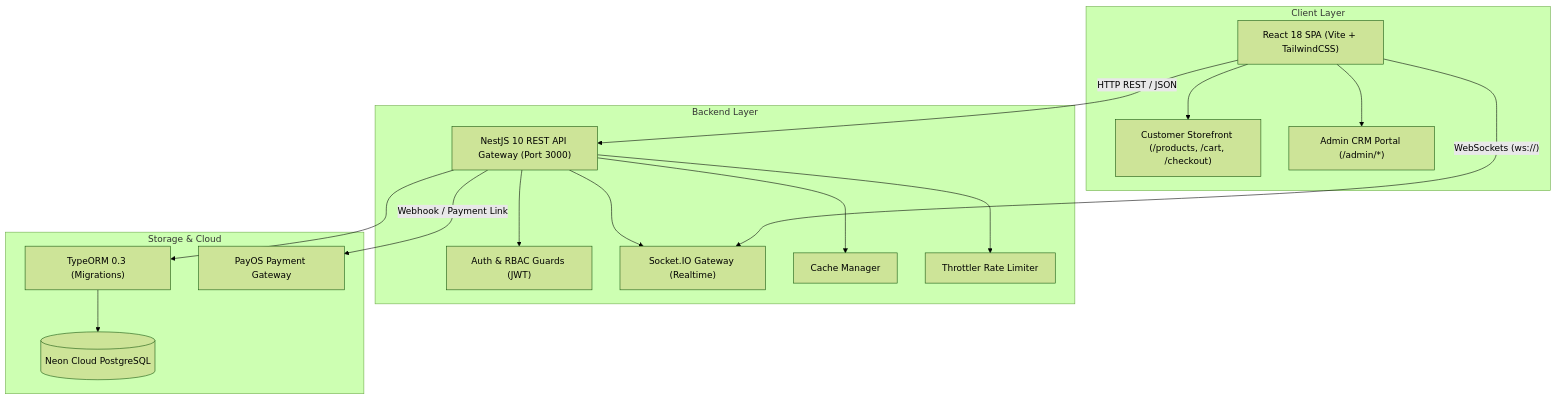
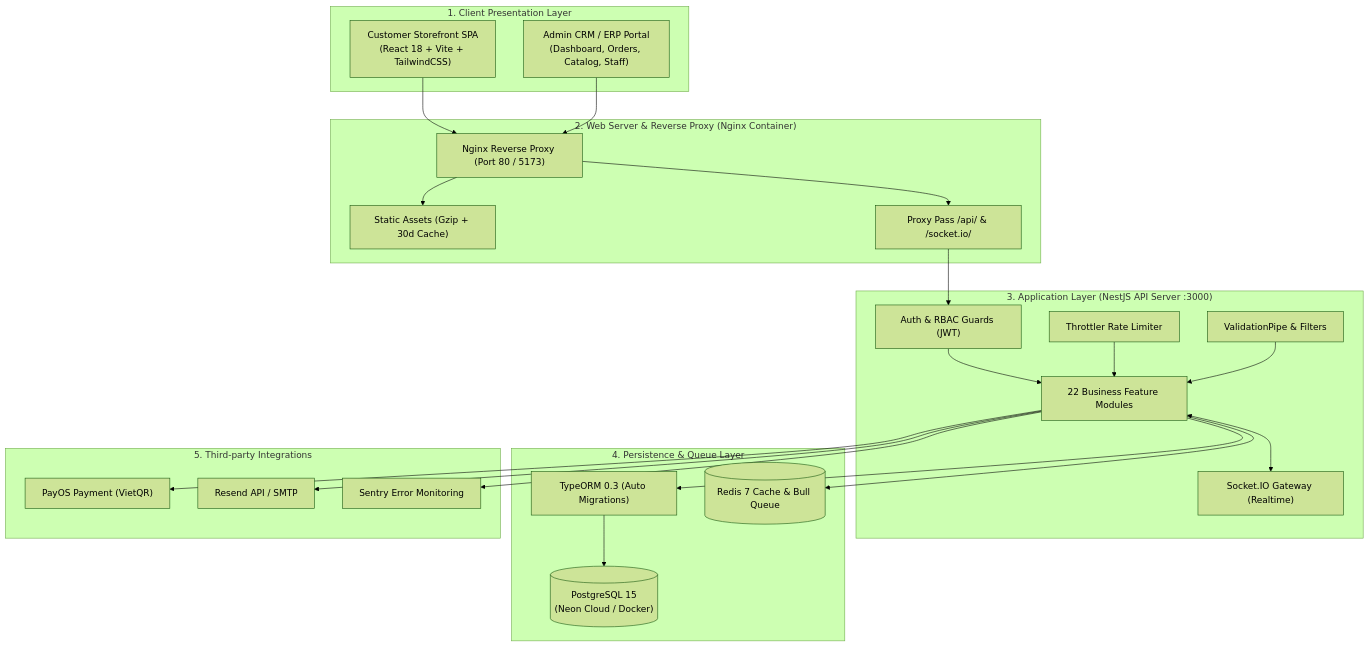
The first of 2 diagrams in README.md (iNuss99/KTD-STORE), drawn with Mermaid (forest theme) before and after one commit. The commit also changed other lines of this file and 23 other files, not shown here.

````diff
--- a/README.md
+++ b/README.md
@@ -53,35 +61,50 @@
 ```mermaid
 graph TB
-    subgraph Client Layer
-        SPA["React 18 SPA (Vite + TailwindCSS)"]
-        CustomerUI["Customer Storefront (/products, /cart, /checkout)"]
-        AdminUI["Admin CRM Portal (/admin/*)"]
-        SPA --> CustomerUI
-        SPA --> AdminUI
+    subgraph ClientLayer ["1. Client Presentation Layer"]
+        Storefront["Customer Storefront SPA<br/>(React 18 + Vite + TailwindCSS)"]
+        AdminPortal["Admin CRM / ERP Portal<br/>(Dashboard, Orders, Catalog, Staff)"]
     end
 
-    subgraph Backend Layer
-        API["NestJS 10 REST API Gateway (Port 3000)"]
-        AuthM["Auth & RBAC Guards (JWT)"]
-        WsM["Socket.IO Gateway (Realtime)"]
-        CacheM["Cache Manager"]
-        ThrottleM["Throttler Rate Limiter"]
-        
-        API --> AuthM
-        API --> WsM
-        API --> CacheM
-        API --> ThrottleM
+    subgraph WebServer ["2. Web Server & Reverse Proxy (Nginx Container)"]
+        Nginx["Nginx Reverse Proxy (Port 80 / 5173)"]
+        NginxStatic["Static Assets (Gzip + 30d Cache)"]
+        NginxProxy["Proxy Pass /api/ & /socket.io/"]
+        Nginx --> NginxStatic
+        Nginx --> NginxProxy
     end
 
-    subgraph Storage & Cloud
-        NeonDB[("Neon Cloud PostgreSQL")]
-        TypeORM["TypeORM 0.3 (Migrations)"]
-        PayOS["PayOS Payment Gateway"]
+    subgraph ApiGateway ["3. Application Layer (NestJS API Server :3000)"]
+        Guards["Auth & RBAC Guards (JWT)"]
+        Throttler["Throttler Rate Limiter"]
+        GlobalPipes["ValidationPipe & Filters"]
+        Modules["22 Business Feature Modules"]
+        WsGateway["Socket.IO Gateway (Realtime)"]
+        
+        Guards --> Modules
+        Throttler --> Modules
+        GlobalPipes --> Modules
+        Modules <--> WsGateway
     end
 
-    SPA -- HTTP REST / JSON --> API
-    SPA -- WebSockets (ws://) --> WsM
-    API --> TypeORM
-    TypeORM --> NeonDB
-    API -- Webhook / Payment Link --> PayOS
+    subgraph PersistenceLayer ["4. Persistence & Queue Layer"]
+        PostgresDB[("PostgreSQL 15<br/>(Neon Cloud / Docker)")]
+        TypeORM["TypeORM 0.3 (Auto Migrations)"]
+        RedisServer[("Redis 7 Cache & Bull Queue")]
+        TypeORM --> PostgresDB
+        Modules --> TypeORM
+        Modules --> RedisServer
+    end
+
+    subgraph ExternalServices ["5. Third-party Integrations"]
+        PayOS["PayOS Payment (VietQR)"]
+        EmailService["Resend API / SMTP"]
+        Sentry["Sentry Error Monitoring"]
+    end
+
+    Storefront --> Nginx
+    AdminPortal --> Nginx
+    NginxProxy --> Guards
+    Modules --> PayOS
+    Modules --> EmailService
+    Modules --> Sentry
 ```
````
